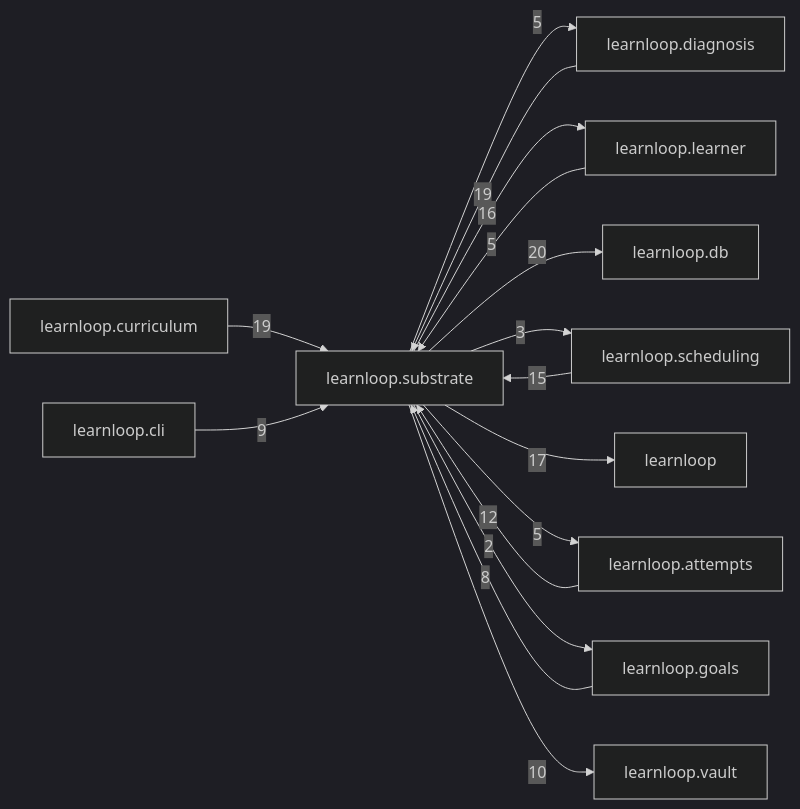
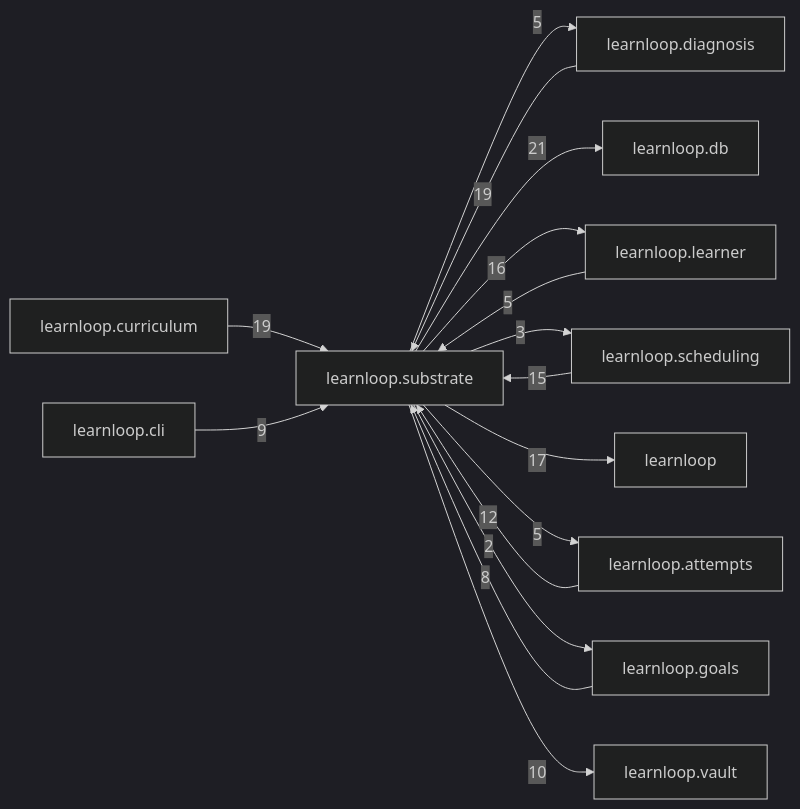
The diagram in docs/learnloop-architecture-vault/Reference/Modules/learnloop/substrate/_package.md (6up-b/learnanything), drawn with Mermaid (dark theme) before and after one commit. The commit also changed other lines of this file and 293 other files, not shown here.

````diff
--- a/docs/learnloop-architecture-vault/Reference/Modules/learnloop/substrate/_package.md
+++ b/docs/learnloop-architecture-vault/Reference/Modules/learnloop/substrate/_package.md
@@ -130,29 +130,29 @@
 ```mermaid
 flowchart LR
     center["learnloop.substrate"]
     n_learnloop_diagnosis["learnloop.diagnosis"]
+    n_learnloop_db["learnloop.db"]
     n_learnloop_learner["learnloop.learner"]
-    n_learnloop_db["learnloop.db"]
     n_learnloop_curriculum["learnloop.curriculum"]
     n_learnloop_scheduling["learnloop.scheduling"]
     n_learnloop["learnloop"]
     n_learnloop_attempts["learnloop.attempts"]
     n_learnloop_goals["learnloop.goals"]
     n_learnloop_vault["learnloop.vault"]
     n_learnloop_cli["learnloop.cli"]
     n_learnloop_diagnosis -->|19| center
     center -->|5| n_learnloop_diagnosis
+    center -->|21| n_learnloop_db
     n_learnloop_learner -->|5| center
     center -->|16| n_learnloop_learner
-    center -->|20| n_learnloop_db
     n_learnloop_curriculum -->|19| center
     n_learnloop_scheduling -->|15| center
     center -->|3| n_learnloop_scheduling
     center -->|17| n_learnloop
     n_learnloop_attempts -->|12| center
     center -->|5| n_learnloop_attempts
     n_learnloop_goals -->|8| center
     center -->|2| n_learnloop_goals
     center -->|10| n_learnloop_vault
     n_learnloop_cli -->|9| center
 ```
````
